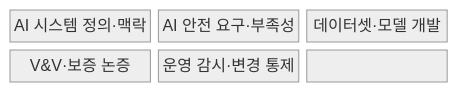
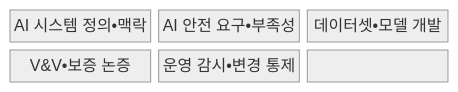
The first of 2 diagrams in src/content/docs/notes/08-latest-tech/210_iso_pas_8800_ai_safety.md (agnusdei1207/knowledge-base), drawn with Mermaid (neutral theme) before and after one commit. The commit also changed other lines of this file and 953 other files, not shown here.

````diff
--- a/src/content/docs/notes/08-latest-tech/210_iso_pas_8800_ai_safety.md
+++ b/src/content/docs/notes/08-latest-tech/210_iso_pas_8800_ai_safety.md
@@ -69,11 +69,11 @@
 ```mermaid
 block-beta
   columns 3
-  N0["AI 시스템 정의·맥락"]
-  N1["AI 안전 요구·부족성"]
-  N2["데이터셋·모델 개발"]
-  N3["V&V·보증 논증"]
-  N4["운영 감시·변경 통제"]
+  N0["AI 시스템 정의•맥락"]
+  N1["AI 안전 요구•부족성"]
+  N2["데이터셋•모델 개발"]
+  N3["V&V•보증 논증"]
+  N4["운영 감시•변경 통제"]
   N0 --- N1 --- N2
   N2 --- N3 --- N4
 ```
````
